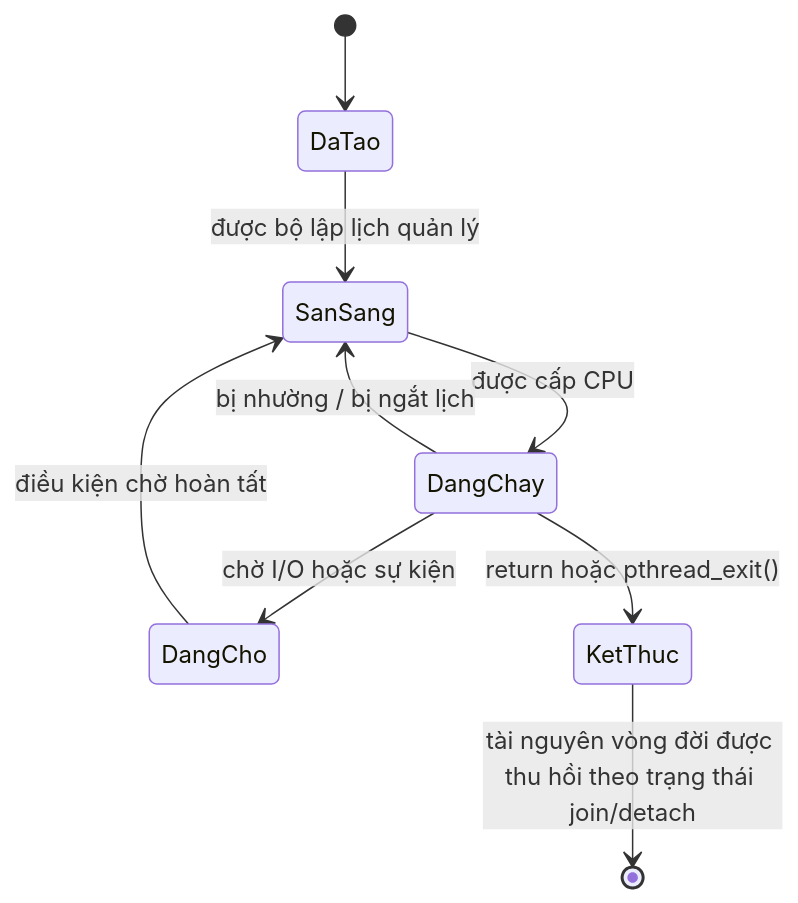
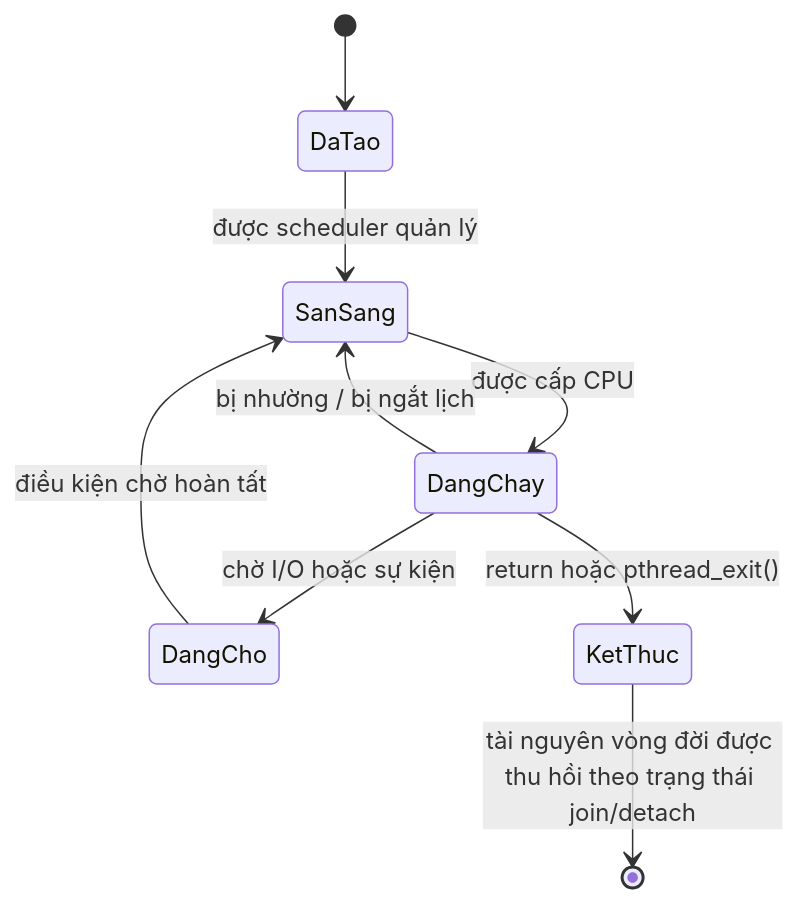
The diagram in phase-01/README-topic-06.md (hai-kevins/embedded-linux), drawn with Mermaid before and after one commit. The commit also changed other lines of this file and 8 other files, not shown here.

````diff
--- a/phase-01/README-topic-06.md
+++ b/phase-01/README-topic-06.md
@@ -571,11 +571,11 @@
 ```mermaid
 stateDiagram-v2
     [*] --> DaTao
-    DaTao --> SanSang: được bộ lập lịch quản lý
+    DaTao --> SanSang: được scheduler quản lý
     SanSang --> DangChay: được cấp CPU
     DangChay --> SanSang: bị nhường / bị ngắt lịch
     DangChay --> DangCho: chờ I/O hoặc sự kiện
     DangCho --> SanSang: điều kiện chờ hoàn tất
     DangChay --> KetThuc: return hoặc pthread_exit()
     KetThuc --> [*]: tài nguyên vòng đời được thu hồi theo trạng thái join/detach
 ```
````
